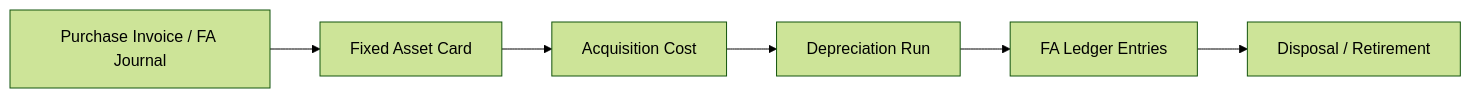
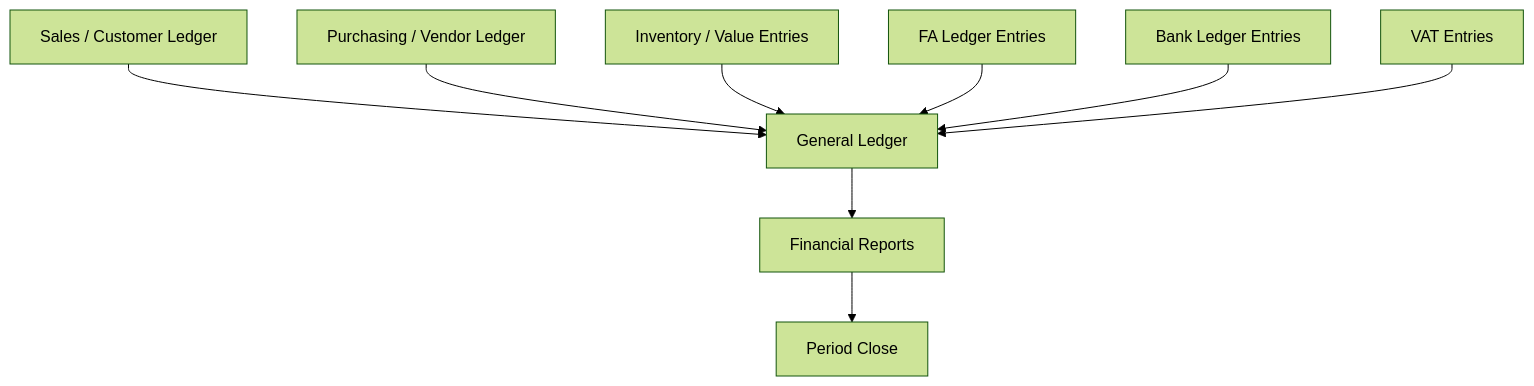
One commit to sivla/FiBu changed the ninth of 10 diagrams in FiBu_Buch_BC_Standardprozesse_DE_Master_Blueprint.md. Above: the diagram before and after it, drawn with Mermaid (forest theme). The commit also changed other lines of this file and 2 other files, not shown here.

````diff
--- a/FiBu_Buch_BC_Standardprozesse_DE_Master_Blueprint.md
+++ b/FiBu_Buch_BC_Standardprozesse_DE_Master_Blueprint.md
@@ -481,8 +656,11 @@
 ```mermaid
-flowchart LR
-    A["Purchase Invoice / FA Journal"] --> B["Fixed Asset Card"]
-    B --> C["Acquisition Cost"]
-    C --> D["Depreciation Run"]
-    D --> E["FA Ledger Entries"]
-    E --> F["Disposal / Retirement"]
+flowchart TB
+    A["Sales / Customer Ledger"] --> G["General Ledger"]
+    B["Purchasing / Vendor Ledger"] --> G
+    C["Inventory / Value Entries"] --> G
+    D["FA Ledger Entries"] --> G
+    E["Bank Ledger Entries"] --> G
+    F["VAT Entries"] --> G
+    G --> H["Financial Reports"]
+    H --> I["Period Close"]
 ```
````
